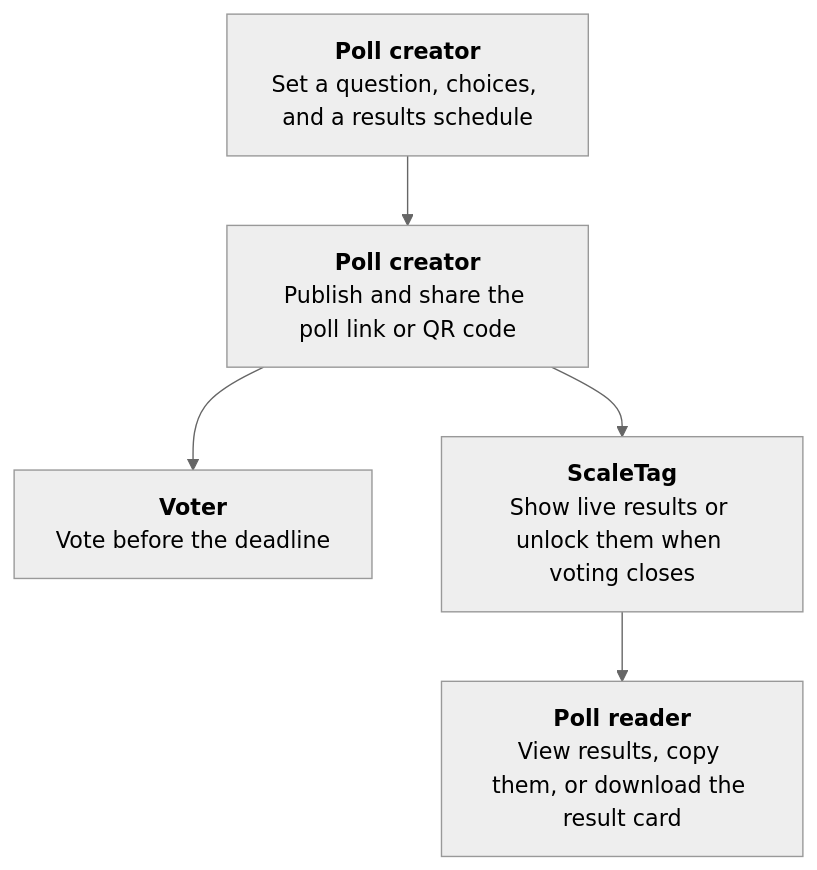
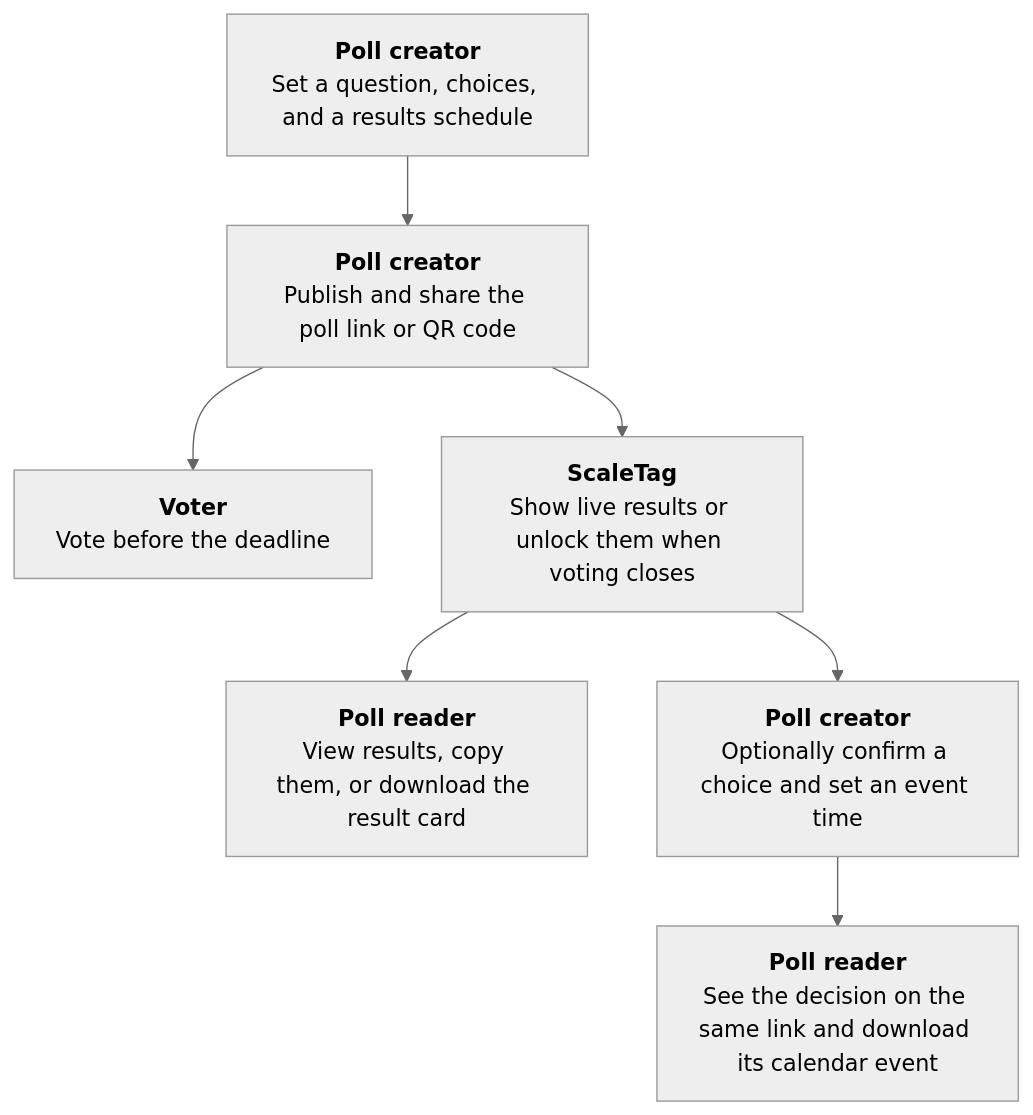
The first of 12 diagrams in README.md (ChrisXHLeung/ScaleTag), drawn with Mermaid (neutral theme) before and after one commit. The commit also changed other lines of this file and 11 other files, not shown here.

Commit message:
Confirm poll decisions and share calendar events

````diff
--- a/README.md
+++ b/README.md
@@ -13,7 +13,9 @@
 ```mermaid
 flowchart TD
     A["<b>Poll creator</b><br/>Set a question, choices, and a results schedule"] --> B["<b>Poll creator</b><br/>Publish and share the poll link or QR code"]
     B --> C["<b>Voter</b><br/>Vote before the deadline"]
     B --> D["<b>ScaleTag</b><br/>Show live results or unlock them when voting closes"]
     D --> E["<b>Poll reader</b><br/>View results, copy them, or download the result card"]
+    D --> F["<b>Poll creator</b><br/>Optionally confirm a choice and set an event time"]
+    F --> G["<b>Poll reader</b><br/>See the decision on the same link and download its calendar event"]
 ```
````
